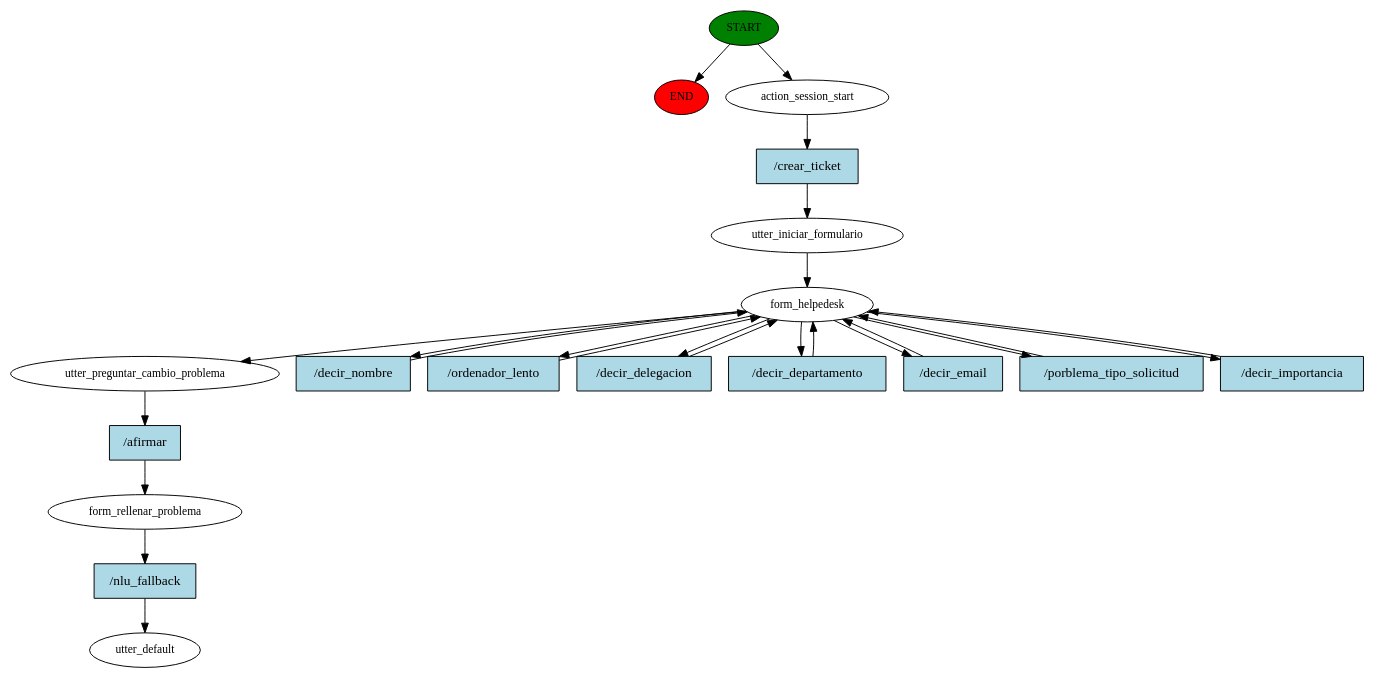
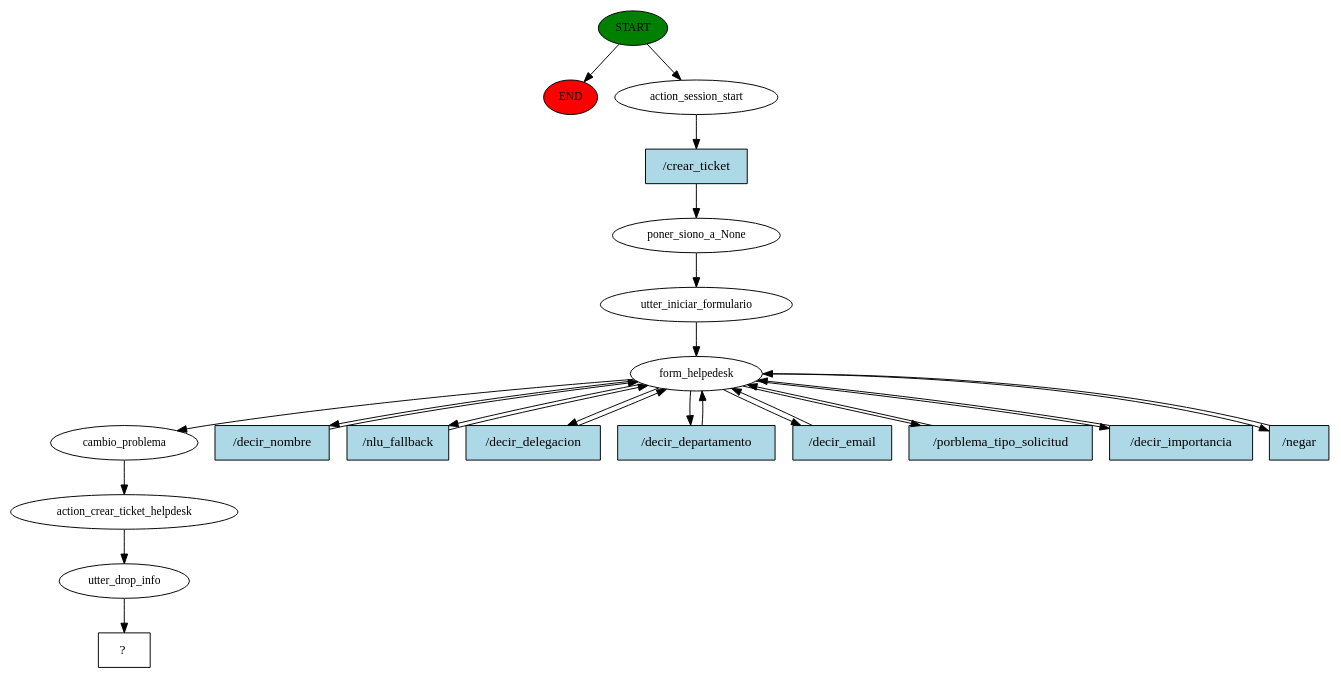
One commit to IgnacioJGE/Trabajo-Fin-de-Grado changed the diagram in backend/story_graph.dot. Above: the diagram before and after it, drawn with Graphviz. The commit also changed 16 other files, not shown here.

```diff
--- a/backend/story_graph.dot
+++ b/backend/story_graph.dot
@@ -1,44 +1,47 @@
 digraph  {
 0 [class="start active", fillcolor=green, fontsize=12, label=START, style=filled];
 "-1" [class=end, fillcolor=red, fontsize=12, label=END, style=filled];
 1 [class=active, fontsize=12, label=action_session_start];
-2 [class=active, fontsize=12, label=utter_iniciar_formulario];
-3 [class=active, fontsize=12, label=form_helpedesk];
-11 [class=active, fontsize=12, label=utter_preguntar_cambio_problema];
-12 [class=active, fontsize=12, label=form_rellenar_problema];
-13 [class="dashed active", fontsize=12, label=utter_default];
-14 [class="intent active", fillcolor=lightblue, label="/crear_ticket", shape=rect, style=filled];
-15 [class="intent active", fillcolor=lightblue, label="/decir_nombre", shape=rect, style=filled];
-16 [class="intent active", fillcolor=lightblue, label="/ordenador_lento", shape=rect, style=filled];
-17 [class="intent active", fillcolor=lightblue, label="/decir_delegacion", shape=rect, style=filled];
-18 [class="intent active", fillcolor=lightblue, label="/decir_departamento", shape=rect, style=filled];
-19 [class="intent active", fillcolor=lightblue, label="/decir_email", shape=rect, style=filled];
-20 [class="intent active", fillcolor=lightblue, label="/porblema_tipo_solicitud", shape=rect, style=filled];
-21 [class="intent active", fillcolor=lightblue, label="/decir_importancia", shape=rect, style=filled];
-22 [class="intent active", fillcolor=lightblue, label="/afirmar", shape=rect, style=filled];
-23 [class="intent active", fillcolor=lightblue, label="/nlu_fallback", shape=rect, style=filled];
+2 [class=active, fontsize=12, label=poner_siono_a_None];
+3 [class=active, fontsize=12, label=utter_iniciar_formulario];
+4 [class=active, fontsize=12, label=form_helpedesk];
+13 [class=active, fontsize=12, label=cambio_problema];
+14 [class=active, fontsize=12, label=action_crear_ticket_helpdesk];
+15 [class=active, fontsize=12, label=utter_drop_info];
+16 [class="intent dashed active", label="  ?  ", shape=rect];
+17 [class="intent active", fillcolor=lightblue, label="/crear_ticket", shape=rect, style=filled];
+18 [class="intent active", fillcolor=lightblue, label="/decir_nombre", shape=rect, style=filled];
+19 [class="intent active", fillcolor=lightblue, label="/nlu_fallback", shape=rect, style=filled];
+20 [class="intent active", fillcolor=lightblue, label="/decir_delegacion", shape=rect, style=filled];
+21 [class="intent active", fillcolor=lightblue, label="/decir_departamento", shape=rect, style=filled];
+22 [class="intent active", fillcolor=lightblue, label="/decir_email", shape=rect, style=filled];
+23 [class="intent active", fillcolor=lightblue, label="/porblema_tipo_solicitud", shape=rect, style=filled];
+24 [class="intent active", fillcolor=lightblue, label="/decir_importancia", shape=rect, style=filled];
+25 [class="intent active", fillcolor=lightblue, label="/negar", shape=rect, style=filled];
 0 -> "-1"  [class="", key=NONE, label=""];
 0 -> 1  [class=active, key=NONE, label=""];
-1 -> 14  [class=active, key=0];
+1 -> 17  [class=active, key=0];
 2 -> 3  [class=active, key=NONE, label=""];
-3 -> 11  [class=active, key=NONE, label=""];
-3 -> 15  [class=active, key=0];
-3 -> 16  [class=active, key=0];
-3 -> 17  [class=active, key=0];
-3 -> 18  [class=active, key=0];
-3 -> 19  [class=active, key=0];
-3 -> 20  [class=active, key=0];
-3 -> 21  [class=active, key=0];
-11 -> 22  [class=active, key=0];
-12 -> 23  [class=active, key=0];
-14 -> 2  [class=active, key=0];
-15 -> 3  [class=active, key=0];
-16 -> 3  [class=active, key=0];
-17 -> 3  [class=active, key=0];
-18 -> 3  [class=active, key=0];
-19 -> 3  [class=active, key=0];
-20 -> 3  [class=active, key=0];
-21 -> 3  [class=active, key=0];
-22 -> 12  [class=active, key=0];
-23 -> 13  [class=active, key=0];
+3 -> 4  [class=active, key=NONE, label=""];
+4 -> 13  [class=active, key=NONE, label=""];
+4 -> 18  [class=active, key=0];
+4 -> 19  [class=active, key=0];
+4 -> 20  [class=active, key=0];
+4 -> 21  [class=active, key=0];
+4 -> 22  [class=active, key=0];
+4 -> 23  [class=active, key=0];
+4 -> 24  [class=active, key=0];
+4 -> 25  [class=active, key=0];
+13 -> 14  [class=active, key=NONE, label=""];
+14 -> 15  [class=active, key=NONE, label=""];
+15 -> 16  [class=active, key=NONE, label=""];
+17 -> 2  [class=active, key=0];
+18 -> 4  [class=active, key=0];
+19 -> 4  [class=active, key=0];
+20 -> 4  [class=active, key=0];
+21 -> 4  [class=active, key=0];
+22 -> 4  [class=active, key=0];
+23 -> 4  [class=active, key=0];
+24 -> 4  [class=active, key=0];
+25 -> 4  [class=active, key=0];
 }
```
